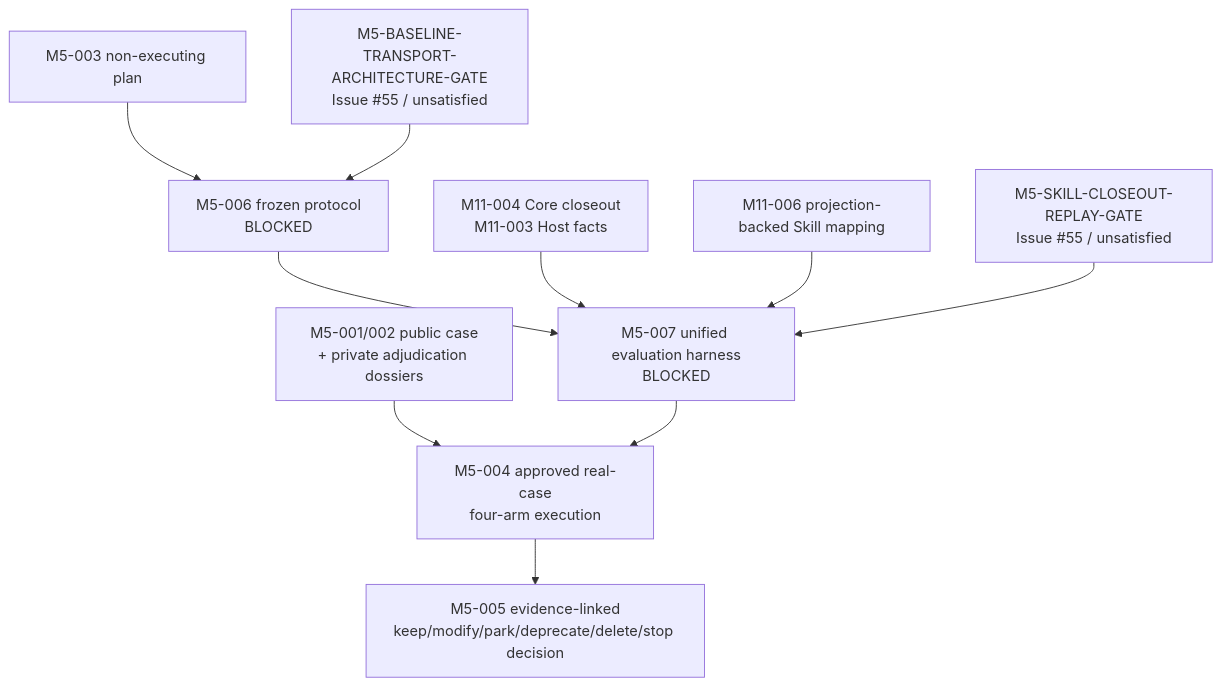
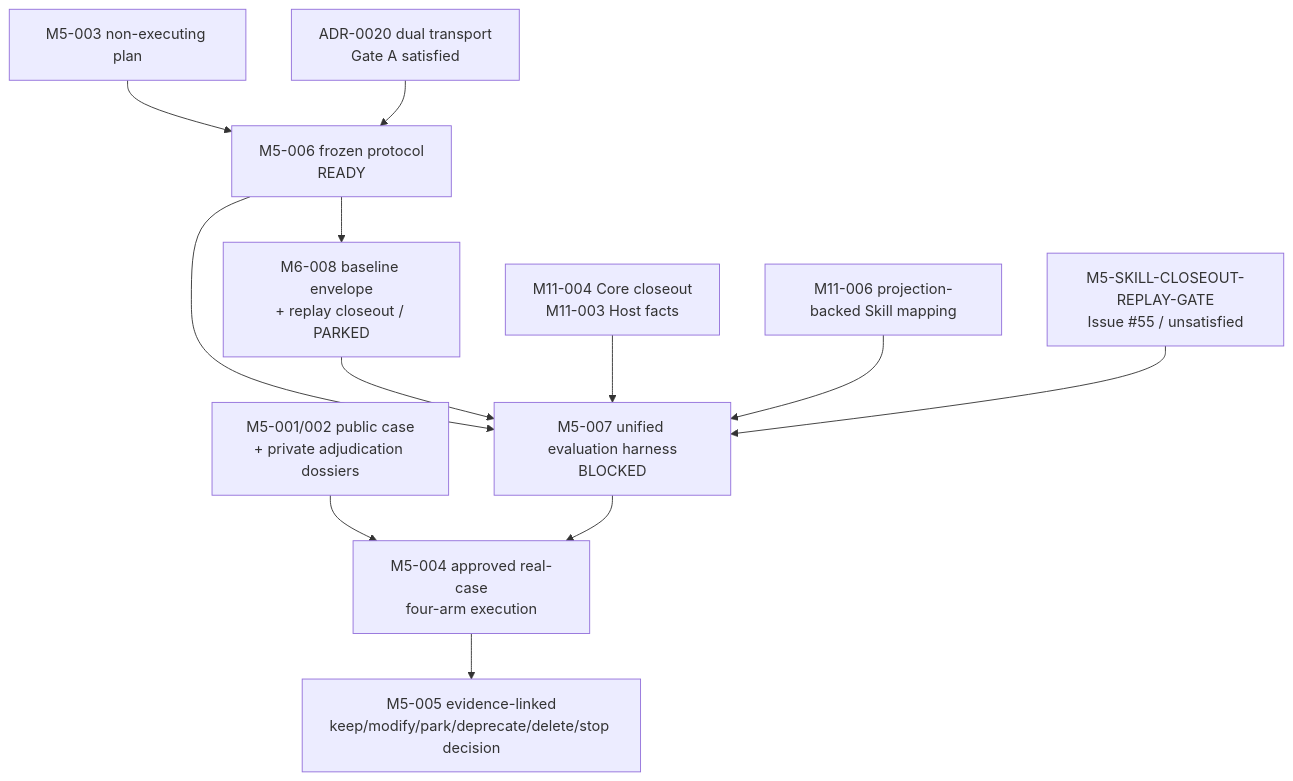
One commit to Chengyue-Lu/research-agent-workbench changed the second of 2 diagrams in docs/DEVELOPER_ARCHITECTURE_MAP.md. Above: the diagram before and after it, drawn with Mermaid. The commit also changed other lines of this file and 11 other files, not shown here.

First line of the commit message:
docs(phase-d): accept dual-transport evaluation entry (#56)

````diff
--- a/docs/DEVELOPER_ARCHITECTURE_MAP.md
+++ b/docs/DEVELOPER_ARCHITECTURE_MAP.md
@@ -407,12 +407,14 @@
 ```mermaid
 flowchart TD
-    M5003["M5-003 non-executing plan"] --> M5006["M5-006 frozen protocol<br/>BLOCKED"]
-    BTG["M5-BASELINE-TRANSPORT-ARCHITECTURE-GATE<br/>Issue #55 / unsatisfied"] --> M5006
+    M5003["M5-003 non-executing plan"] --> M5006["M5-006 frozen protocol<br/>READY"]
+    BTG["ADR-0020 dual transport<br/>Gate A satisfied"] --> M5006
     M5006 --> M5007["M5-007 unified evaluation harness<br/>BLOCKED"]
+    M5006 --> M6008["M6-008 baseline envelope<br/>+ replay closeout / PARKED"]
+    M6008 --> M5007
     M1104["M11-004 Core closeout<br/>M11-003 Host facts"] --> M5007
     M1106["M11-006 projection-backed Skill mapping"] --> M5007
     SCG["M5-SKILL-CLOSEOUT-REPLAY-GATE<br/>Issue #55 / unsatisfied"] --> M5007
     M5001["M5-001/002 public case<br/>+ private adjudication dossiers"] --> M5004["M5-004 approved real-case<br/>four-arm execution"]
     M5007 --> M5004
     M5004 --> M5005["M5-005 evidence-linked<br/>keep/modify/park/deprecate/delete/stop decision"]
 ```
````
